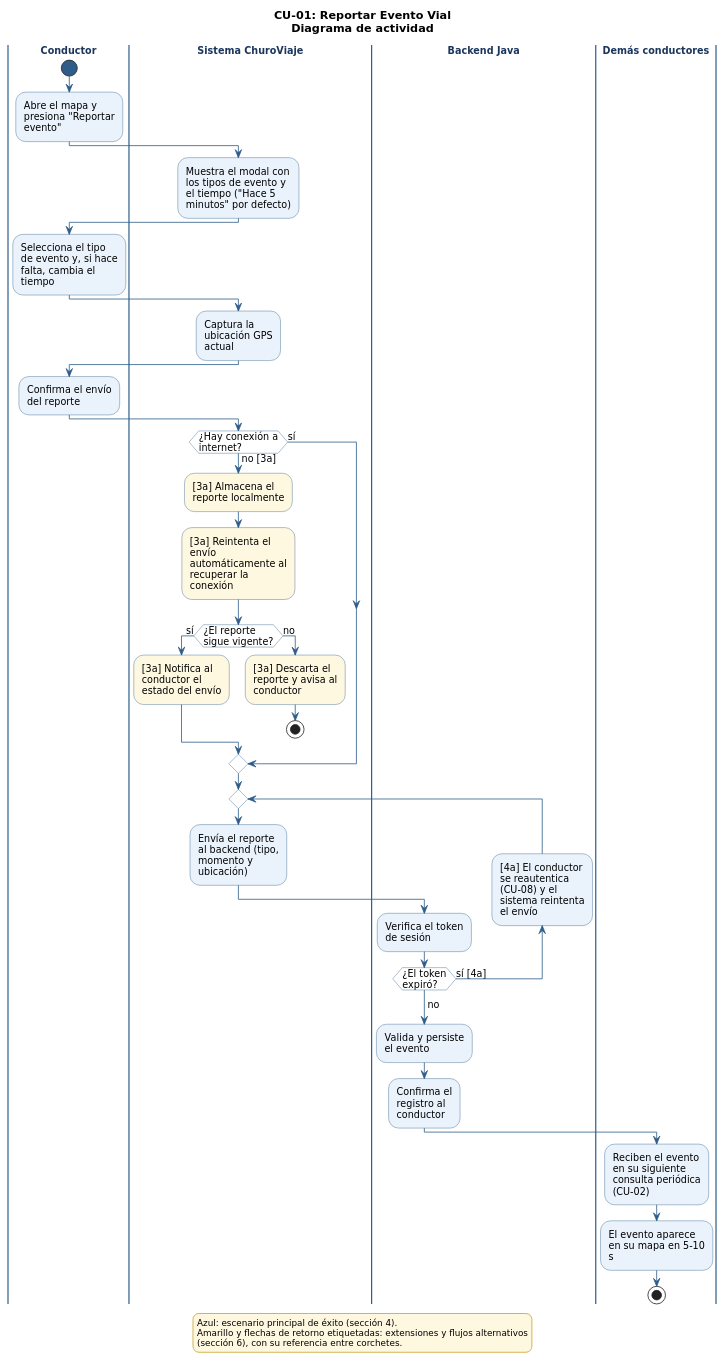
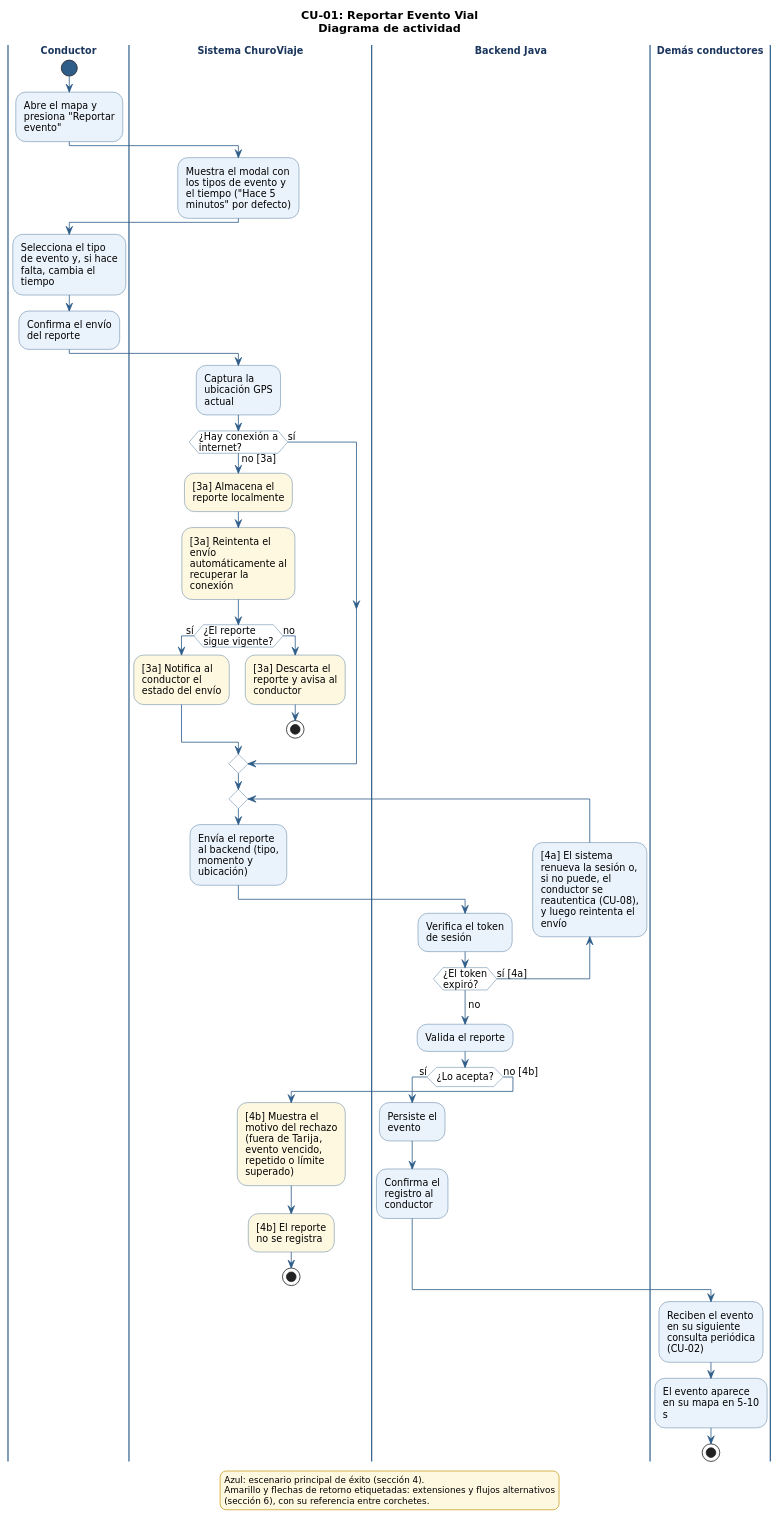
Before and after one commit to uniWASD/ChuroViajeInterno: the diagram in 03_des/01_Diagramas_de_comportamiento/CU-01_ReportarEventoVial.puml, drawn with PlantUML. The commit also changed 59 other files, not shown here.

Commit message:
docs(req): alinear Visión, CU, HU y diagramas con la arquitectura (T-086, #38)

```diff
--- a/03_des/01_Diagramas_de_comportamiento/CU-01_ReportarEventoVial.puml
+++ b/03_des/01_Diagramas_de_comportamiento/CU-01_ReportarEventoVial.puml
@@ -1,114 +1,128 @@
 @startuml CU-01_ReportarEventoVial
 ' CU-01: Reportar Evento Vial - Diagrama de comportamiento (actividad)
 ' Fuente: 02_req - Especificación de Casos de Uso (CU-01 a CU-08), secciones 4 y 6
-' Issue: T-045
+' Issue: T-045 (actualizado en T-086)
 ' Revisión de coherencia (06/10/2026): modal con tipo y tiempo, descarte del reporte vencido y propagación por consulta periódica.
 
 skinparam shadowing false
 skinparam defaultFontName "DejaVu Sans"
 skinparam defaultFontSize 12
 skinparam wrapWidth 200
 skinparam ArrowColor #2F5D8A
 skinparam activity {
   BackgroundColor #EAF2FB
   BorderColor #2F5D8A
   DiamondBackgroundColor #FFFFFF
   DiamondBorderColor #2F5D8A
   StartColor #2F5D8A
   EndColor #2F5D8A
 }
 skinparam swimlane {
   BorderColor #2F5D8A
   TitleFontStyle bold
   TitleFontColor #1B365D
 }
 skinparam legend {
   BackgroundColor #FFF8E1
   BorderColor #C9A227
   FontSize 11
 }
 
 title CU-01: Reportar Evento Vial\nDiagrama de actividad
 
 |Conductor|
 start
 :Abre el mapa y
 presiona "Reportar
 evento";
 |Sistema ChuroViaje|
 :Muestra el modal con
 los tipos de evento y
 el tiempo ("Hace 5
 minutos" por defecto);
 |Conductor|
 :Selecciona el tipo
 de evento y, si hace
 falta, cambia el
 tiempo;
+:Confirma el envío
+del reporte;
 |Sistema ChuroViaje|
 :Captura la
 ubicación GPS
 actual;
-|Conductor|
-:Confirma el envío
-del reporte;
-|Sistema ChuroViaje|
 if (¿Hay conexión a\ninternet?) then (sí)
 else (no [3a])
   #FFF8E1:[3a] Almacena el
 reporte localmente;
   #FFF8E1:[3a] Reintenta el
 envío
 automáticamente al
 recuperar la
 conexión;
   if (¿El reporte\nsigue vigente?) then (sí)
     #FFF8E1:[3a] Notifica al
 conductor el
 estado del envío;
   else (no)
     #FFF8E1:[3a] Descarta el
 reporte y avisa al
 conductor;
     stop
   endif
 endif
 repeat
   |Sistema ChuroViaje|
   :Envía el reporte
 al backend (tipo,
 momento y
 ubicación);
   |Backend Java|
   :Verifica el token
 de sesión;
-backward:[4a] El conductor
-se reautentica
-(CU-08) y el
-sistema reintenta
-el envío;
+backward:[4a] El sistema
+renueva la sesión o,
+si no puede, el
+conductor se
+reautentica (CU-08),
+y luego reintenta el
+envío;
 repeat while (¿El token\nexpiró?) is (sí [4a])
 ->no;
 |Backend Java|
-:Valida y persiste
-el evento;
-:Confirma el
+:Valida el reporte;
+if (¿Lo acepta?) then (sí)
+  :Persiste el
+evento;
+  :Confirma el
 registro al
 conductor;
+else (no [4b])
+  |Sistema ChuroViaje|
+  #FFF8E1:[4b] Muestra el
+motivo del rechazo
+(fuera de Tarija,
+evento vencido,
+repetido o límite
+superado);
+  #FFF8E1:[4b] El reporte
+no se registra;
+  stop
+endif
 |Demás conductores|
 :Reciben el evento
 en su siguiente
 consulta periódica
 (CU-02);
 :El evento aparece
 en su mapa en 5-10
 s;
 stop
 
 legend bottom
   Azul: escenario principal de éxito (sección 4).
   Amarillo y flechas de retorno etiquetadas: extensiones y flujos alternativos
   (sección 6), con su referencia entre corchetes.
 endlegend
 
 @enduml
```
